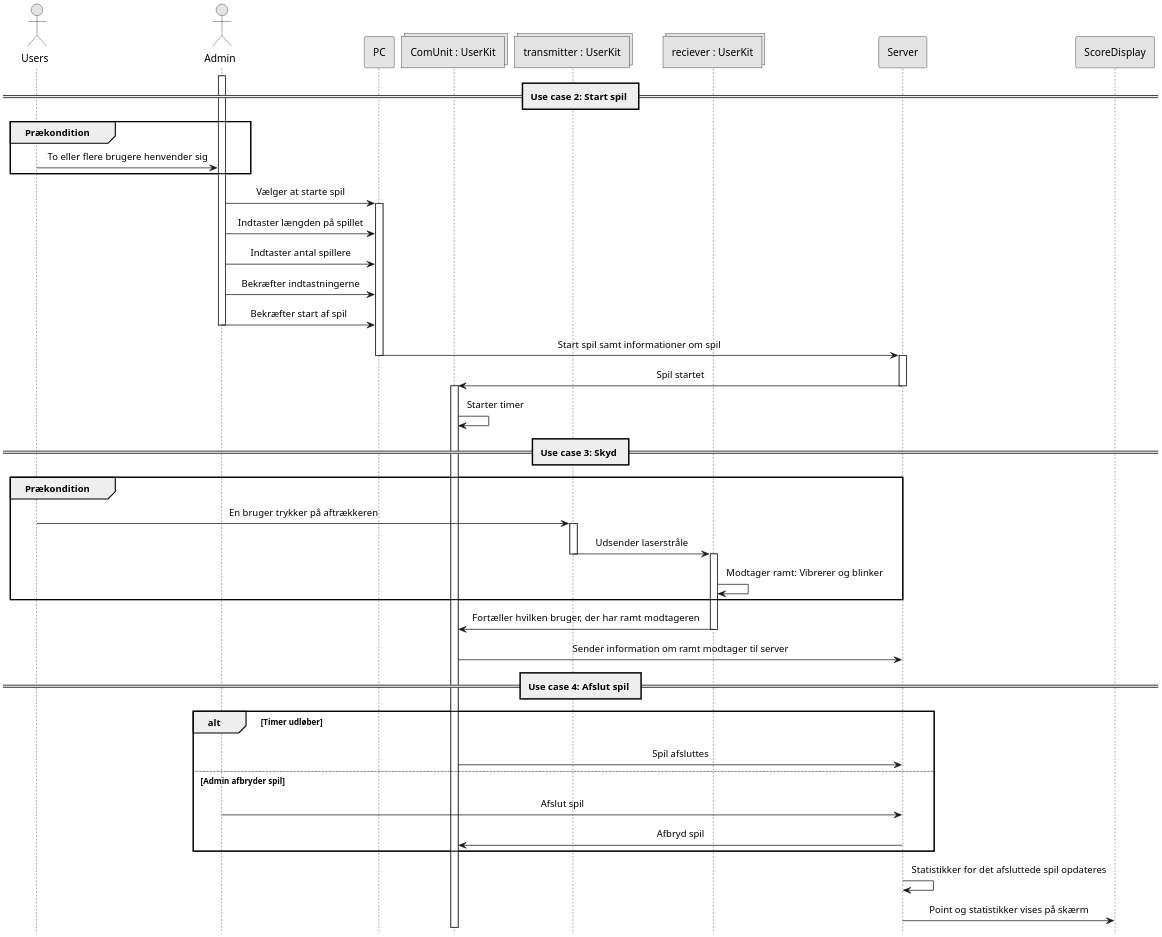
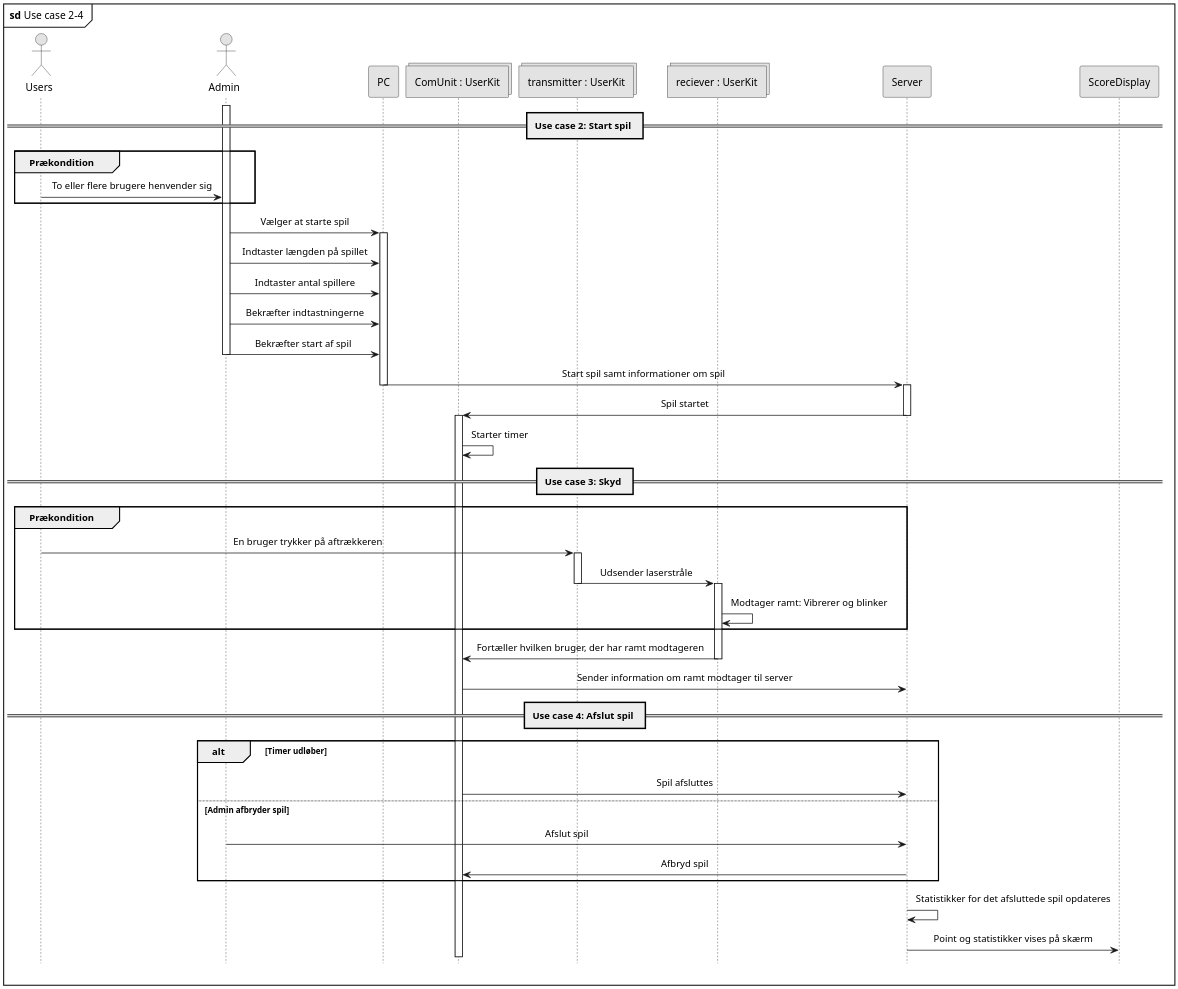
One commit to LasseKrarup/Laser-Tag-Project changed the diagram in PlantUML/src/ssd-uc2-4.plantuml. Above: the diagram before and after it, drawn with PlantUML. The commit also changed 9 other files, not shown here.

```diff
--- a/PlantUML/src/ssd-uc2-4.plantuml
+++ b/PlantUML/src/ssd-uc2-4.plantuml
@@ -1,75 +1,77 @@
 @startuml ssd-uc2-4
 
 hide footbox
 
 skinparam {
     monochrome true
     dpi 200
     padding 5
     sequenceMessageAlign center
     packageStyle frame
     shadowing false
     'backgroundColor transparent
 }
+
+mainframe **sd** Use case 2-4
 
 actor Users as users
 actor Admin as admin
 participant "PC" as pc
 collections "ComUnit : UserKit" as comUnit
 collections "transmitter : UserKit" as transmitter
 collections "reciever : UserKit" as reciever
 participant "Server" as server
 participant "ScoreDisplay" as display
 
 == Use case 2: Start spil ==
 
 group Prækondition
     users -> admin: To eller flere brugere henvender sig
 end
 
 activate admin
 admin -> pc: Vælger at starte spil
 activate pc
 admin -> pc: Indtaster længden på spillet
 admin -> pc: Indtaster antal spillere
 admin -> pc: Bekræfter indtastningerne
 admin -> pc: Bekræfter start af spil
 deactivate admin
 pc -> server: Start spil samt informationer om spil
 deactivate pc
 activate server
 server -> comUnit: Spil startet
 deactivate server
 activate comUnit
 comUnit -> comUnit: Starter timer
 
 == Use case 3: Skyd ==
 
 group Prækondition
     users -> transmitter: En bruger trykker på aftrækkeren
     activate transmitter
     transmitter -> reciever: Udsender laserstråle
     deactivate transmitter
     activate reciever
     reciever -> reciever: Modtager ramt: Vibrerer og blinker
 end
 
 reciever -> comUnit: Fortæller hvilken bruger, der har ramt modtageren
 deactivate reciever
 
 comUnit -> server: Sender information om ramt modtager til server
 
 == Use case 4: Afslut spil ==
 
 alt Timer udløber
     comUnit -> server: Spil afsluttes
 else Admin afbryder spil
     admin -> server: Afslut spil
     server -> comUnit: Afbryd spil
 
 end
 
 server -> server: Statistikker for det afsluttede spil opdateres
 server -> display: Point og statistikker vises på skærm
 
 @enduml
```
